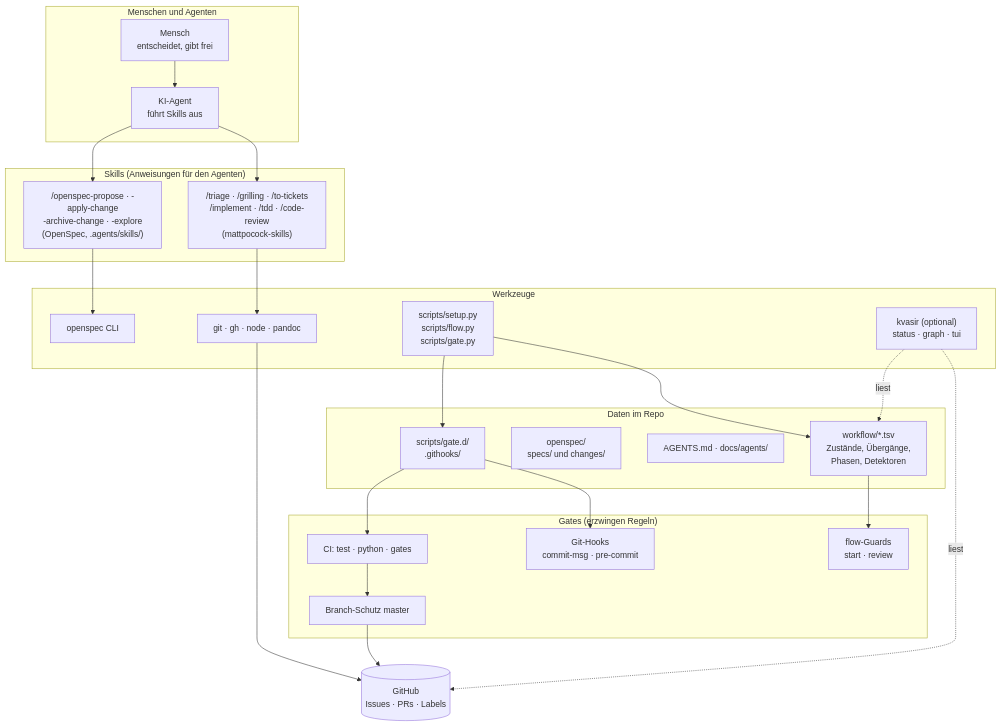
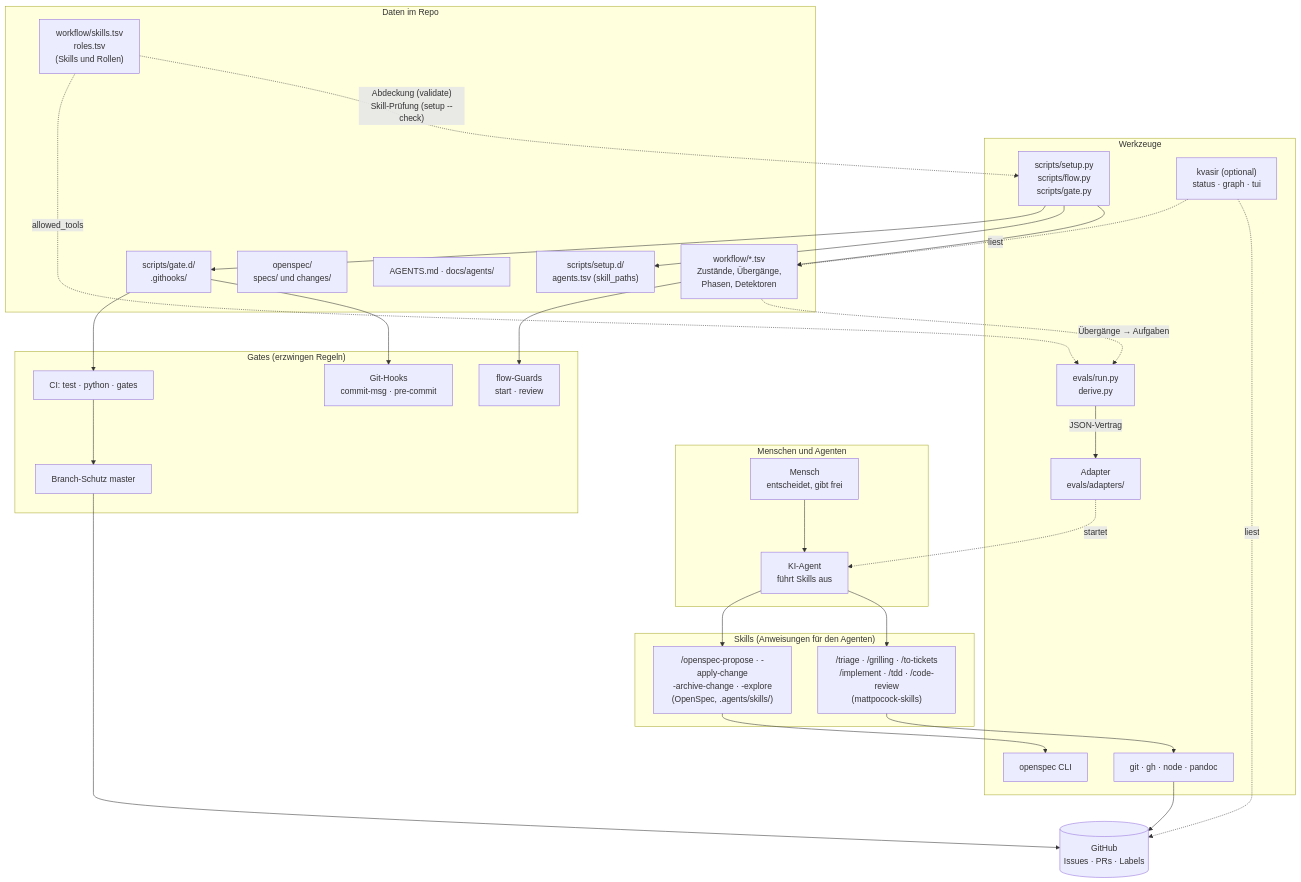
Before and after one commit to comcy/comcy.github.io: the first of 3 diagrams in docs/anleitung/01-landkarte.md, drawn with Mermaid. The commit also changed other lines of this file and 6 other files, not shown here.

First line of the commit message:
docs(profile): Anleitung zu Skills, Rollen, Adapter und abgeleiteten Aufgaben (#113)

````diff
--- a/docs/anleitung/01-landkarte.md
+++ b/docs/anleitung/01-landkarte.md
@@ -5,43 +5,53 @@
 ```mermaid
 flowchart TB
     subgraph Menschen["Menschen und Agenten"]
         M["Mensch<br/>entscheidet, gibt frei"]
         A["KI-Agent<br/>führt Skills aus"]
     end
     subgraph Skills["Skills (Anweisungen für den Agenten)"]
         S1["/triage · /grilling · /to-tickets<br/>/implement · /tdd · /code-review<br/>(mattpocock-skills)"]
         S2["/openspec-propose · -apply-change<br/>-archive-change · -explore<br/>(OpenSpec, .agents/skills/)"]
     end
     subgraph Tools["Werkzeuge"]
         T1["git · gh · node · pandoc"]
         T2["openspec CLI"]
         T3["scripts/setup.py<br/>scripts/flow.py<br/>scripts/gate.py"]
         T4["kvasir (optional)<br/>status · graph · tui"]
+        T5["evals/run.py<br/>derive.py"]
+        T6["Adapter<br/>evals/adapters/"]
     end
     subgraph Daten["Daten im Repo"]
         D1["workflow/*.tsv<br/>Zustände, Übergänge,<br/>Phasen, Detektoren"]
+        D5["workflow/skills.tsv<br/>roles.tsv<br/>(Skills und Rollen)"]
+        D6["scripts/setup.d/<br/>agents.tsv (skill_paths)"]
         D2["openspec/<br/>specs/ und changes/"]
         D3["AGENTS.md · docs/agents/"]
         D4["scripts/gate.d/<br/>.githooks/"]
     end
     subgraph Gates["Gates (erzwingen Regeln)"]
         G1["Git-Hooks<br/>commit-msg · pre-commit"]
         G2["flow-Guards<br/>start · review"]
         G3["CI: test · python · gates"]
         G4["Branch-Schutz master"]
     end
     GH[("GitHub<br/>Issues · PRs · Labels")]
     M --> A --> S1 & S2
     S1 --> T1
     S2 --> T2
     T3 --> D1
+    T3 --> D6
+    D5 -. "Abdeckung (validate)<br/>Skill-Prüfung (setup --check)" .-> T3
+    D1 -. "Übergänge → Aufgaben" .-> T5
+    D5 -. "allowed_tools" .-> T5
+    T5 -- "JSON-Vertrag" --> T6
+    T6 -. "startet" .-> A
     T3 --> D4
     T4 -. liest .-> GH
     T4 -. liest .-> D1
     T1 --> GH
     D1 --> G2
     D4 --> G1
     D4 --> G3
     G3 --> G4
     G4 --> GH
 ```
````
